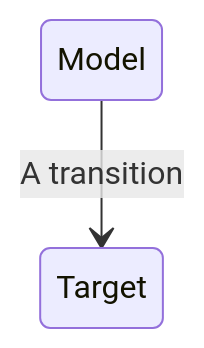
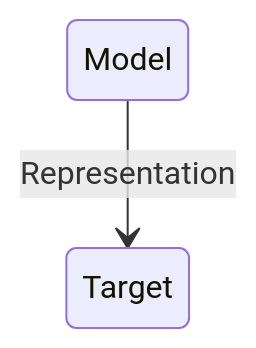
Before and after one commit to vicky-liu17/vicky-blogs: the diagram in Introduction to the Philosophy of Science and Research Methodology/Models.md, drawn with Mermaid. The commit also changed other lines of this file, not shown here.

````diff
--- a/Introduction to the Philosophy of Science and Research Methodology/Models.md
+++ b/Introduction to the Philosophy of Science and Research Methodology/Models.md
@@ -10,4 +10,4 @@
 ```mermaid
 stateDiagram
-    Model --> Target: A transition
+    Model --> Target: Representation
 ```
````
